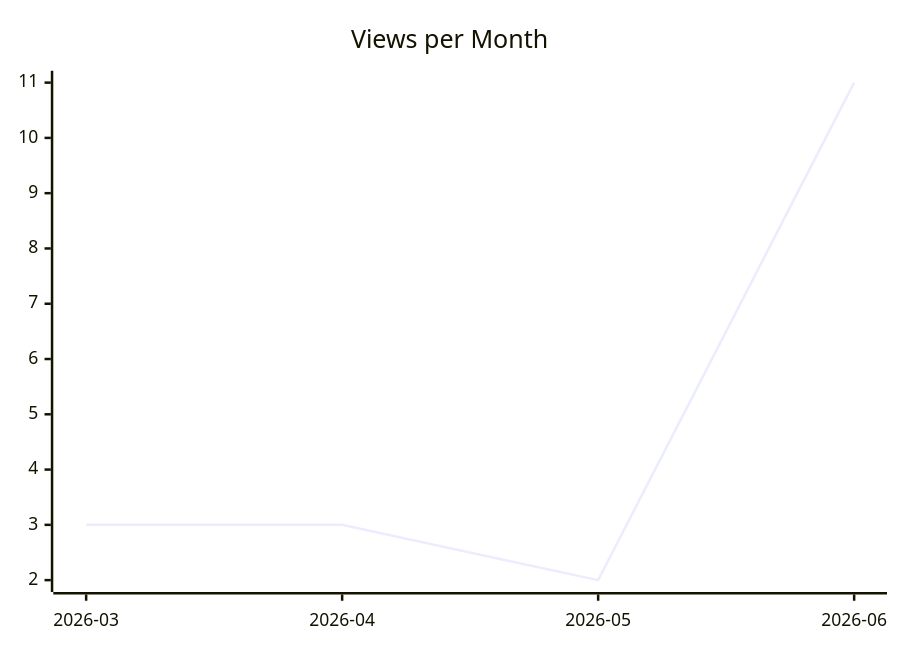
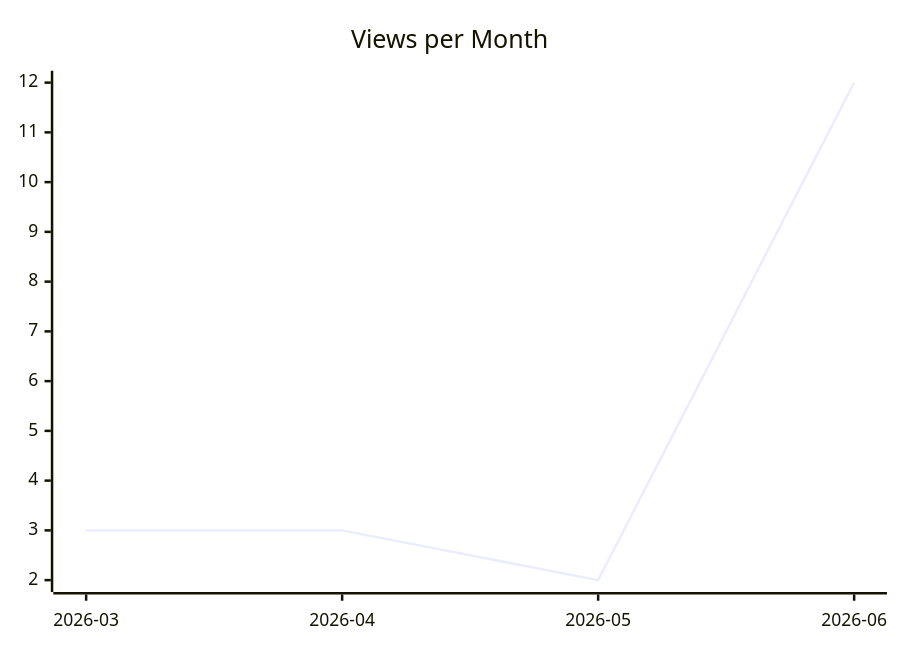
Before and after one commit to justdavis-family/github-analytics-data: the second of 3 diagrams in karlmdavis/rps-tourney/README.md, drawn with Mermaid. The commit also changed other lines of this file and 199 other files, not shown here.

````diff
--- a/karlmdavis/rps-tourney/README.md
+++ b/karlmdavis/rps-tourney/README.md
@@ -12,6 +12,6 @@
 ```mermaid
 xychart-beta
   title "Views per Month"
   x-axis ["2026-03", "2026-04", "2026-05", "2026-06"]
-  line [3, 3, 2, 11]
+  line [3, 3, 2, 12]
 ```
````
